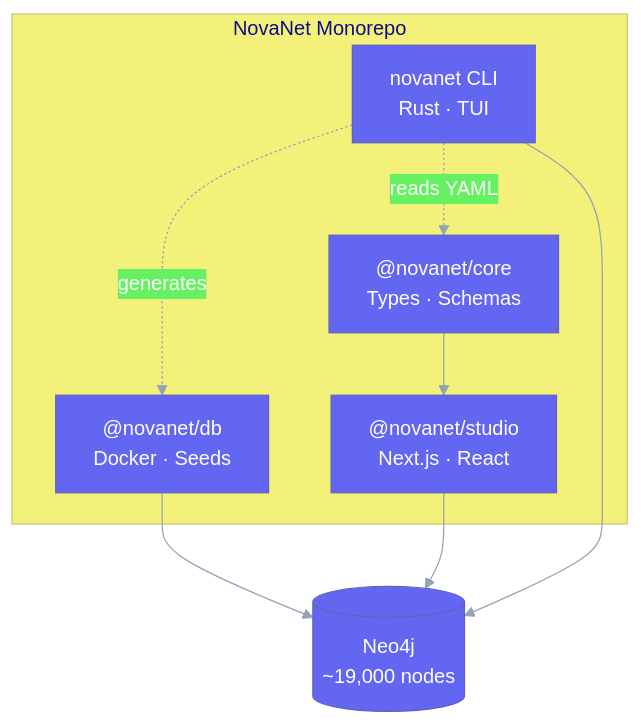
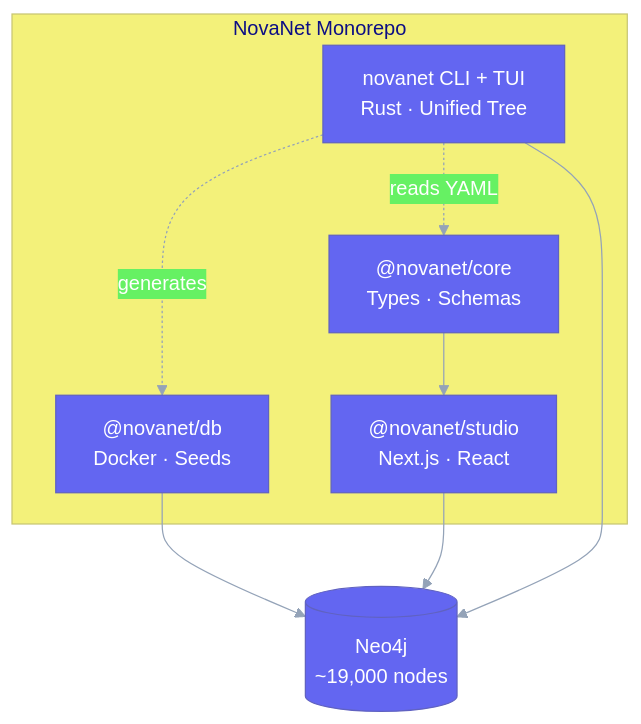
The diagram in docs/src/README.md (supernovae-st/novanet), drawn with Mermaid before and after one commit. The commit also changed other lines of this file and 63 other files, not shown here.

First line of the commit message:
feat(schema): ADR-028 Page-Entity Architecture Phase 1

````diff
--- a/docs/src/README.md
+++ b/docs/src/README.md
@@ -38,23 +41,23 @@
 ```mermaid
 %%{init: {'theme': 'base', 'themeVariables': {
   'primaryColor': '#6366f1',
   'primaryTextColor': '#fff',
   'lineColor': '#94a3b8'
 }}}%%
 flowchart TB
     subgraph MONO["NovaNet Monorepo"]
         CORE["@novanet/core\nTypes · Schemas"]
         DB["@novanet/db\nDocker · Seeds"]
         STUDIO["@novanet/studio\nNext.js · React"]
-        RUST["novanet CLI\nRust · TUI"]
+        RUST["novanet CLI + TUI\nRust · Unified Tree"]
     end
 
     NEO4J[("Neo4j\n~19,000 nodes")]
 
     CORE --> STUDIO
     RUST -.->|reads YAML| CORE
     RUST -.->|generates| DB
     DB --> NEO4J
     STUDIO --> NEO4J
     RUST --> NEO4J
 ```
````
